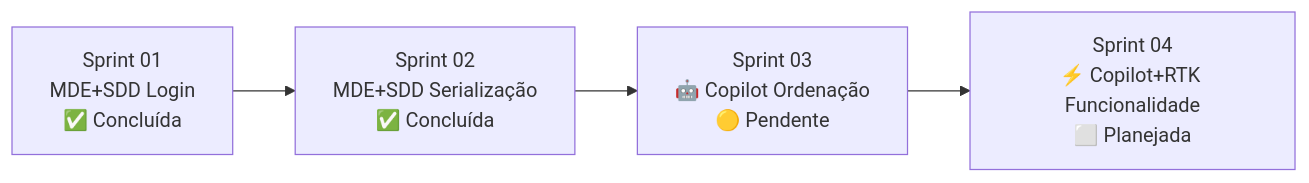
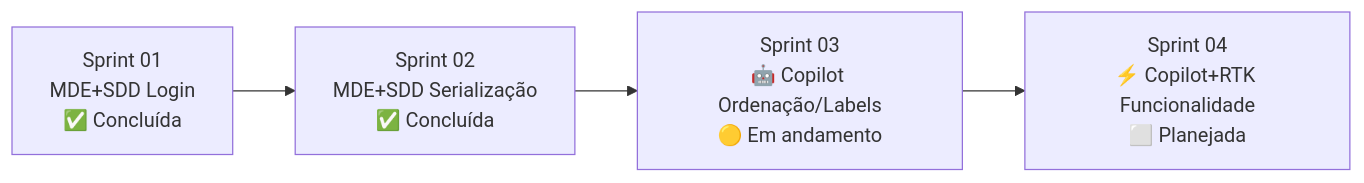
The second of 2 diagrams in relatorios/plano-sprints.md (BrunoWatanabe/TCC-KPC), drawn with Mermaid before and after one commit. The commit also changed other lines of this file and 5 other files, not shown here.

````diff
--- a/relatorios/plano-sprints.md
+++ b/relatorios/plano-sprints.md
@@ -179,6 +198,6 @@
 ```mermaid
 flowchart LR
     S1[Sprint 01<br/>MDE+SDD Login<br/>✅ Concluída] --> S2[Sprint 02<br/>MDE+SDD Serialização<br/>✅ Concluída]
-    S2 --> S3[Sprint 03<br/>🤖 Copilot Ordenação<br/>🟡 Pendente]
+    S2 --> S3[Sprint 03<br/>🤖 Copilot Ordenação/Labels<br/>🟡 Em andamento]
     S3 --> S4[Sprint 04<br/>⚡ Copilot+RTK Funcionalidade<br/>⬜ Planejada]
 ```
````
